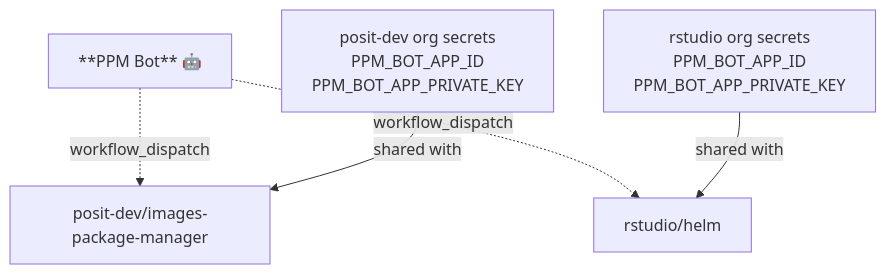
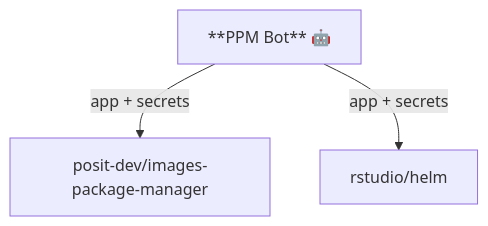
The fourth of 5 diagrams in pulumi/github/github-apps/README.md (posit-dev/images-shared), drawn with Mermaid before and after one commit. The commit also changed other lines of this file, not shown here.

First line of the commit message:
Simplify bot diagrams to two line types

````diff
--- a/pulumi/github/github-apps/README.md
+++ b/pulumi/github/github-apps/README.md
@@ -63,13 +77,7 @@
 ```mermaid
 graph TD
     BOT["**PPM Bot** 🤖"]
 
-    BOT -.->|"workflow_dispatch"| IP["posit-dev/images-package-manager"]
-    BOT -.->|"workflow_dispatch"| HELM["rstudio/helm"]
-
-    SECRET_PD["posit-dev org secrets<br/>PPM_BOT_APP_ID<br/>PPM_BOT_APP_PRIVATE_KEY"]
-    SECRET_RS["rstudio org secrets<br/>PPM_BOT_APP_ID<br/>PPM_BOT_APP_PRIVATE_KEY"]
-
-    SECRET_PD -->|shared with| IP
-    SECRET_RS -->|shared with| HELM
+    BOT -->|app + secrets| IP["posit-dev/images-package-manager"]
+    BOT -->|app + secrets| HELM["rstudio/helm"]
 ```
````
